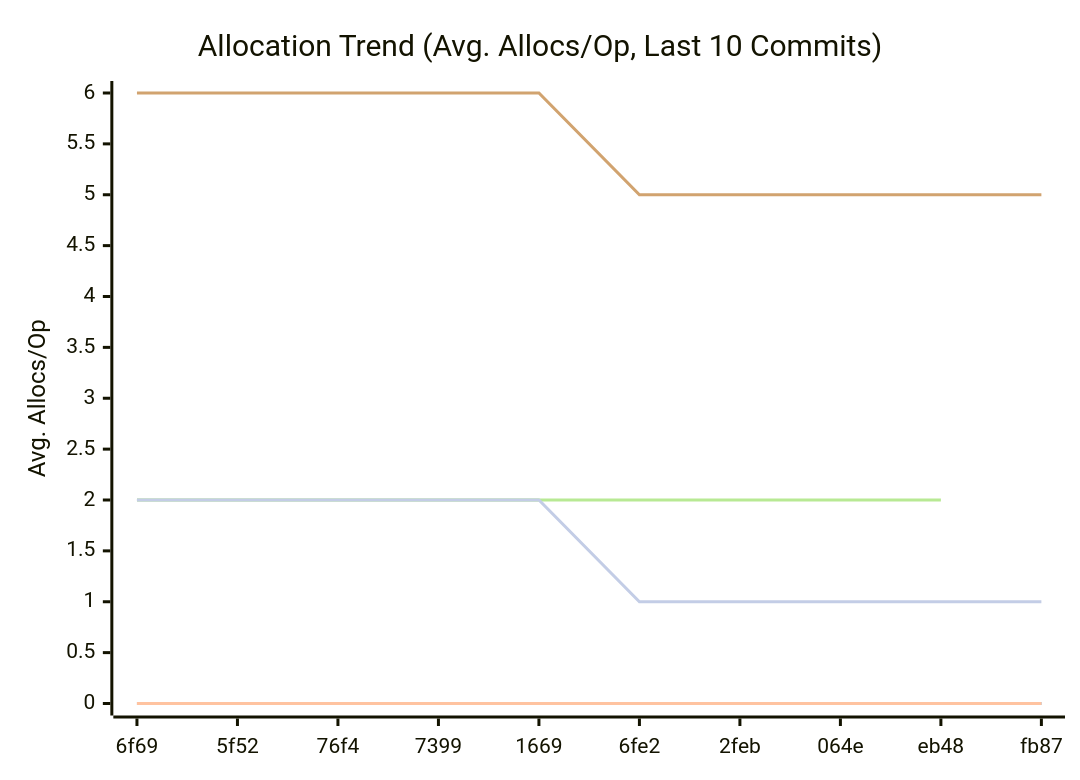
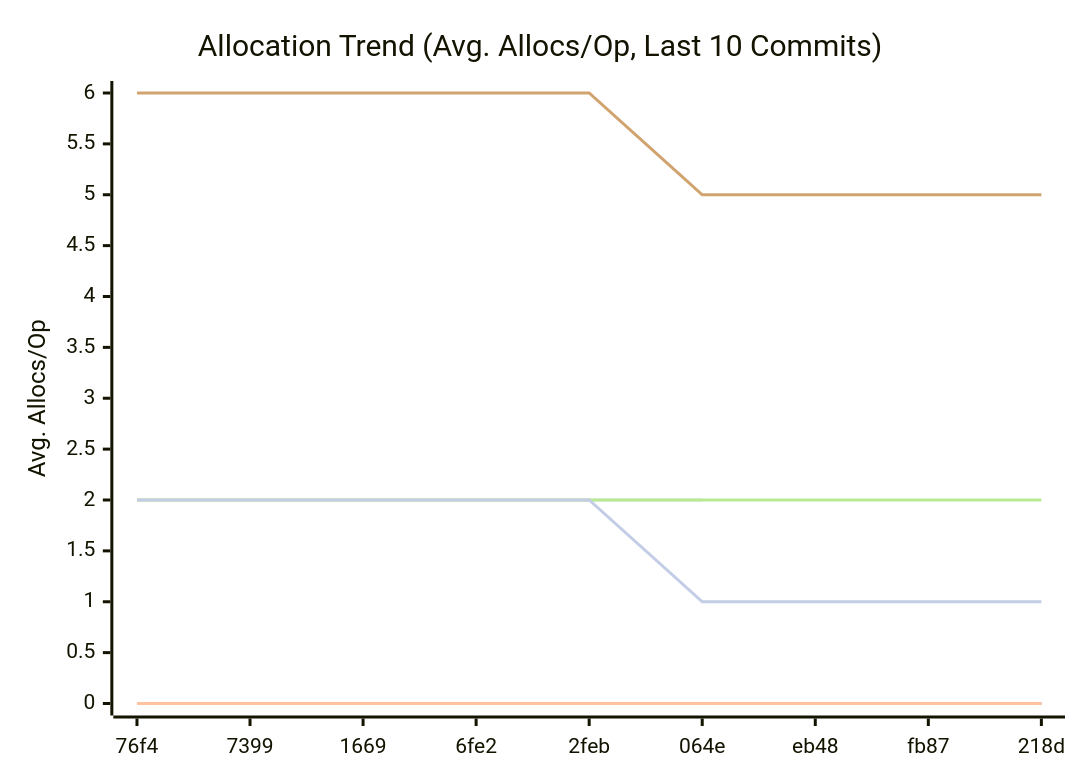
Before and after one commit to alsotoes/momo: the third of 3 diagrams in doc/README.md, drawn with Mermaid. The commit also changed other lines of this file and 1 other file, not shown here.

````diff
--- a/doc/README.md
+++ b/doc/README.md
@@ -326,14 +326,14 @@
 ```mermaid
 xychart-beta
     title "Allocation Trend (Avg. Allocs/Op, Last 10 Commits)"
     x-axis "Commit"
     y-axis "Avg. Allocs/Op"
-    x-axis [6f69,5f52,76f4,7399,1669,6fe2,2feb,064e,eb48,fb87]
+    x-axis [76f4,7399,1669,6fe2,2feb,064e,eb48,fb87,218d]
     line "CheckMetricsAndSwap" [0,0,0,0,0,0,0,0,0,0]
     line "IndexDirectTracking" [0,0,0,0,0,0,0,0,0,0]
     line "IndexSearch" [0,0,0,0,0,0,0,0,0,0]
-    line "LoadGlobalConfig" [2,2,2,2,2]
-    line "PadString" [2,2,2,2,2,2,2,2,2]
+    line "LoadGlobalConfig" [2,2,2,2,2,2]
+    line "PadString" [2,2,2,2,2,2,2,2,2,2]
     line "ParseReplicationOrder_NoPrealloc" [6,6,6,6,6,5,5,5,5,5]
     line "ParseReplicationOrder_Prealloc" [2,2,2,2,2,1,1,1,1,1]
 ```
````
